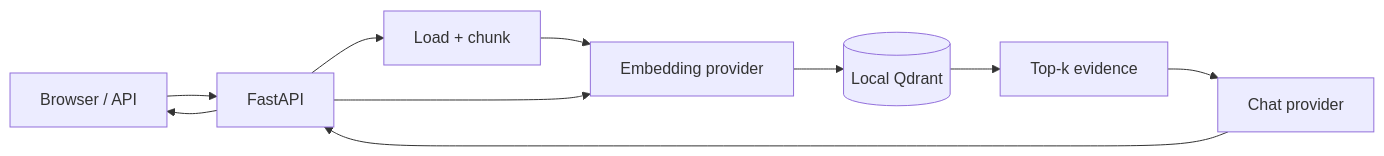
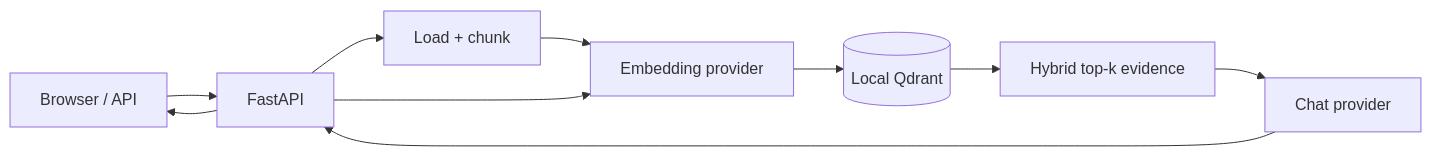
The diagram in README.md (Sanjaysrinivas/context-foundry), drawn with Mermaid before and after one commit. The commit also changed other lines of this file and 26 other files, not shown here.

````diff
--- a/README.md
+++ b/README.md
@@ -25,12 +25,12 @@
 ```mermaid
 flowchart LR
     U[Browser / API] --> A[FastAPI]
     A --> I[Load + chunk]
     I --> EP[Embedding provider]
     EP --> Q[(Local Qdrant)]
     A --> EP
-    Q --> R[Top-k evidence]
+    Q --> R[Hybrid top-k evidence]
     R --> CP[Chat provider]
     CP --> A
     A --> U
 ```
````
